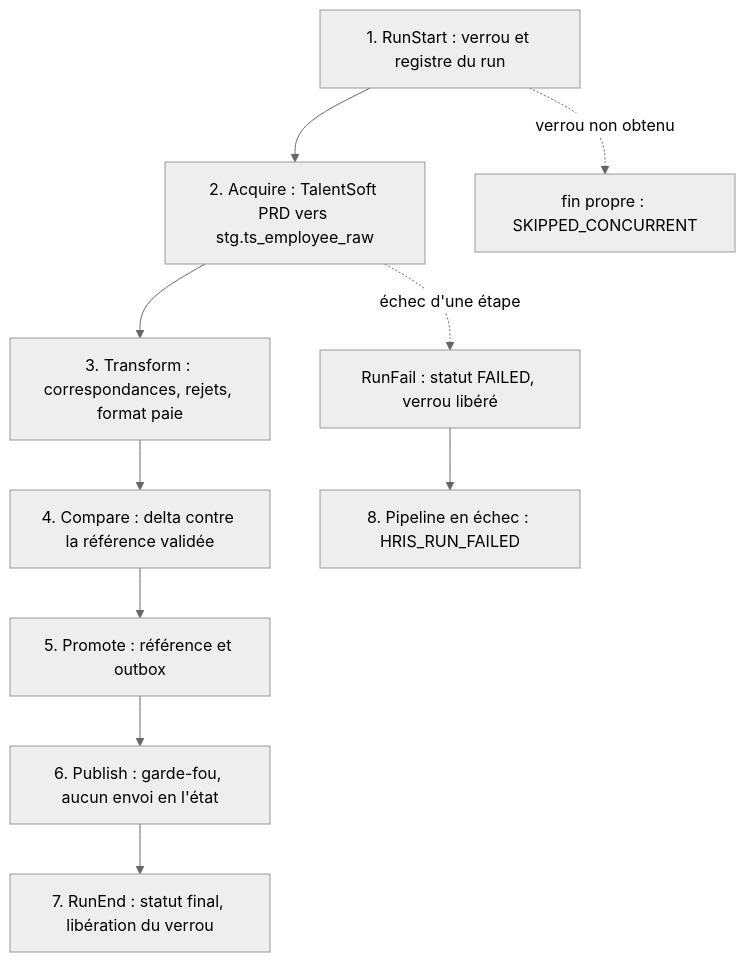
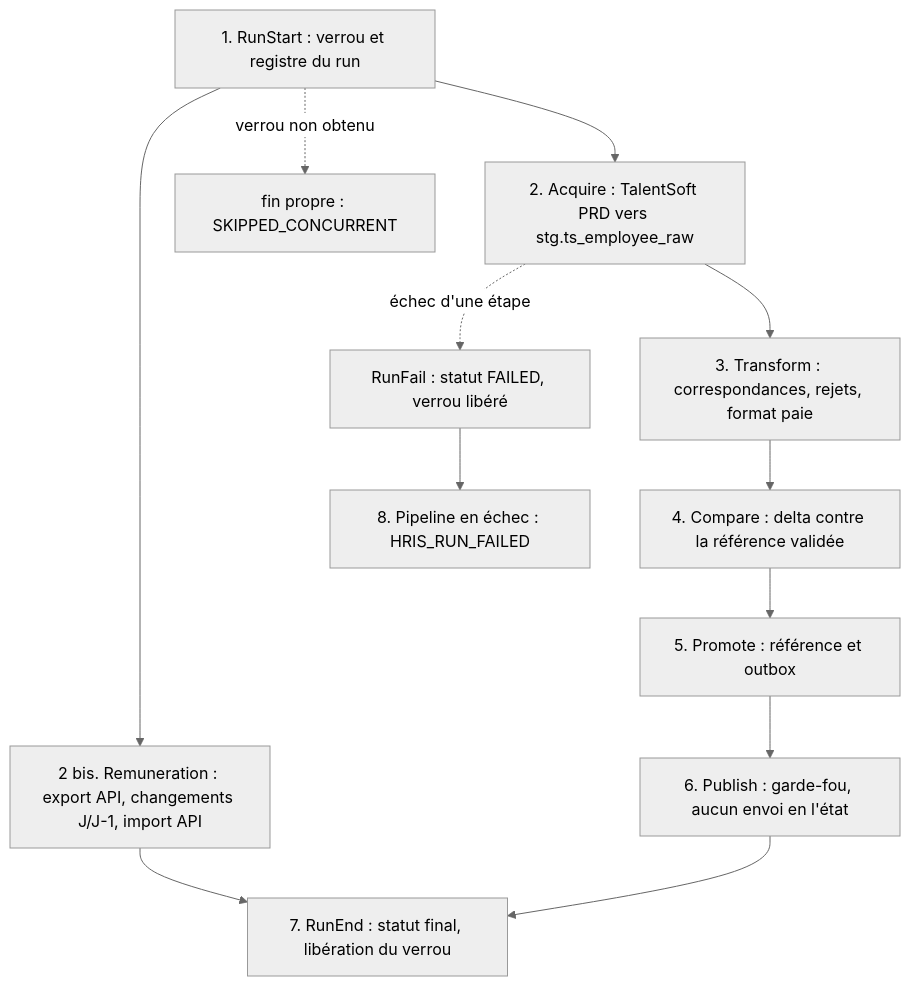
The diagram in TEST_MOTUL/TST_4/README.md (Thourak/studious-system), drawn with Mermaid (neutral theme) before and after one commit. The commit also changed other lines of this file and 14 other files, not shown here.

````diff
--- a/TEST_MOTUL/TST_4/README.md
+++ b/TEST_MOTUL/TST_4/README.md
@@ -65,12 +70,14 @@
 ```mermaid
 flowchart TD
     S["1. RunStart : verrou et registre du run"] --> A["2. Acquire : TalentSoft PRD vers stg.ts_employee_raw"]
+    S --> M["2 bis. Remuneration : export API, changements J/J-1, import API"]
     A --> T["3. Transform : correspondances, rejets, format paie"]
+    M --> E
     T --> C["4. Compare : delta contre la référence validée"]
     C --> P["5. Promote : référence et outbox"]
     P --> U["6. Publish : garde-fou, aucun envoi en l'état"]
     U --> E["7. RunEnd : statut final, libération du verrou"]
     S -.->|"verrou non obtenu"| X["fin propre : SKIPPED_CONCURRENT"]
     A -.->|"échec d'une étape"| F["RunFail : statut FAILED, verrou libéré"]
     F --> G["8. Pipeline en échec : HRIS_RUN_FAILED"]
 ```
````
